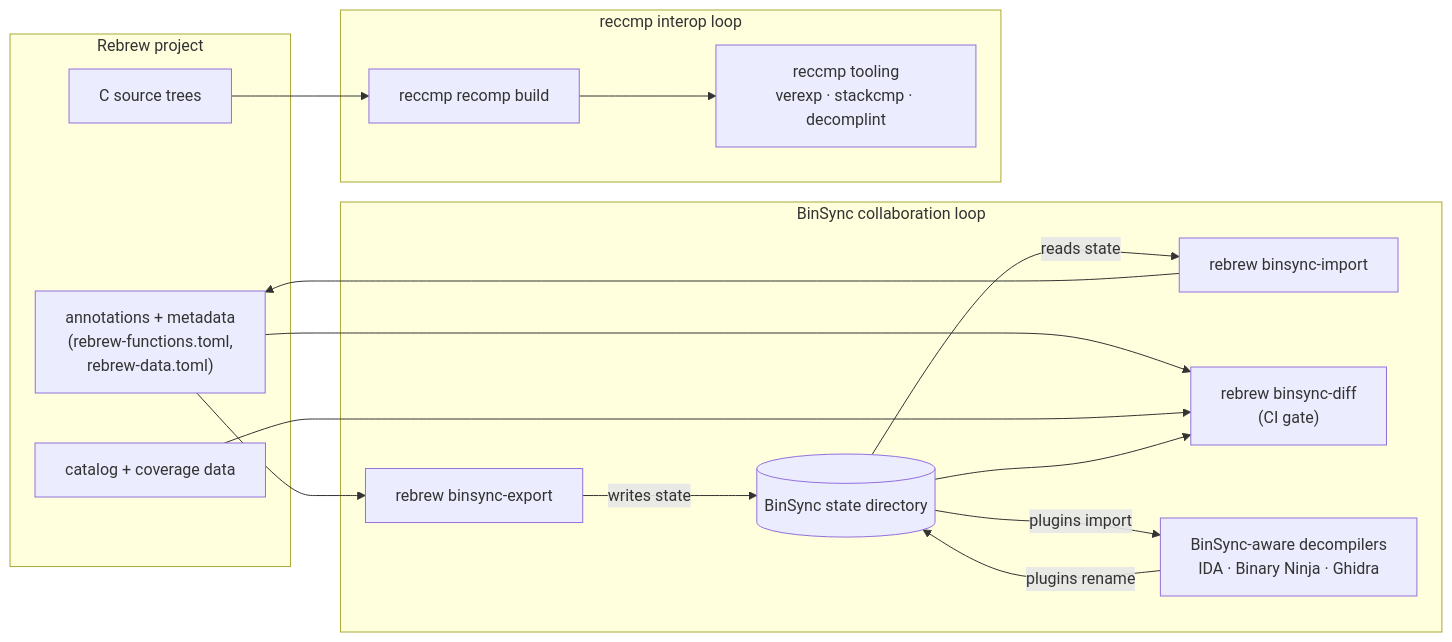
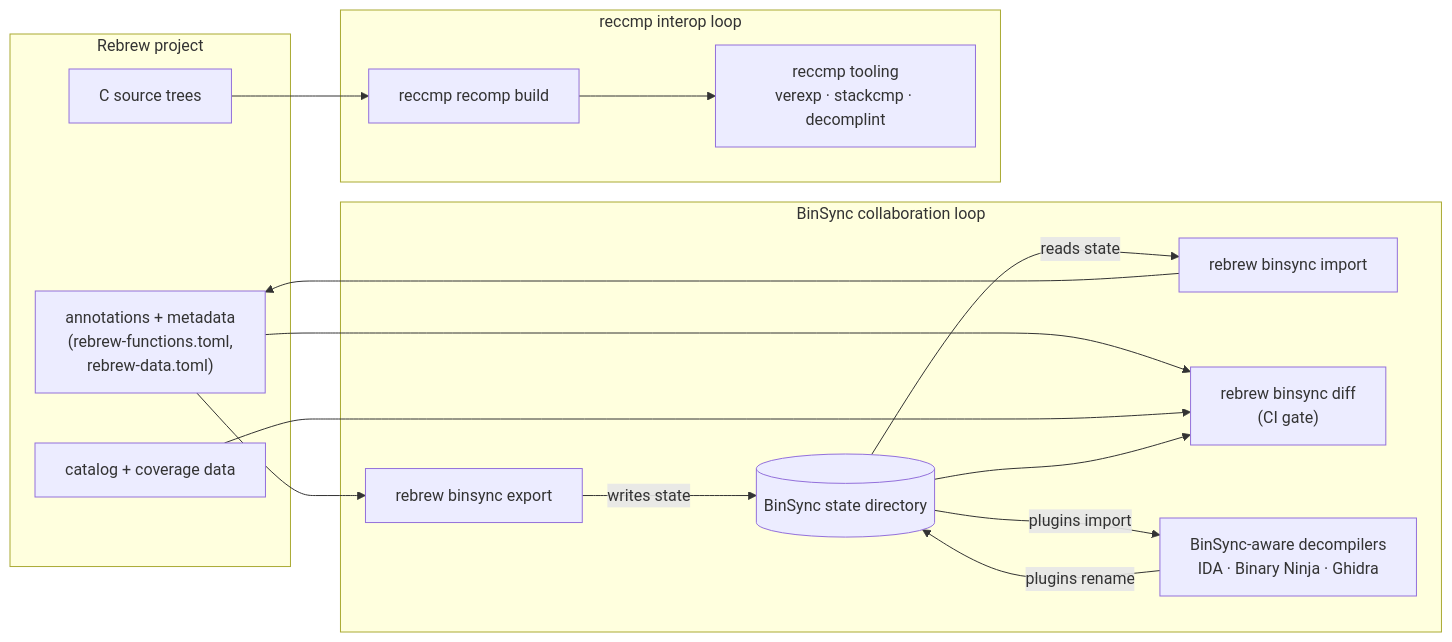
One commit to maci0/rebrew changed the second of 3 diagrams in docs/ECOSYSTEM.md. Above: the diagram before and after it, drawn with Mermaid. The commit also changed other lines of this file and 366 other files, not shown here.

````diff
--- a/docs/ECOSYSTEM.md
+++ b/docs/ECOSYSTEM.md
@@ -280,32 +280,32 @@
 ```mermaid
 flowchart LR
     subgraph RBS["Rebrew project"]
         ANN["annotations + metadata<br/>(rebrew-functions.toml,<br/>rebrew-data.toml)"]
         SRC["C source trees"]
         CAT["catalog + coverage data"]
     end
 
     subgraph BS["BinSync collaboration loop"]
-        EXP["rebrew binsync-export"]
-        IMP["rebrew binsync-import"]
-        DIFF["rebrew binsync-diff<br/>(CI gate)"]
+        EXP["rebrew binsync export"]
+        IMP["rebrew binsync import"]
+        DIFF["rebrew binsync diff<br/>(CI gate)"]
         STATE[("BinSync state directory")]
         DEC["BinSync-aware decompilers<br/>IDA · Binary Ninja · Ghidra"]
     end
 
     subgraph RC["reccmp interop loop"]
         CMPTOOL["reccmp tooling<br/>verexp · stackcmp · decomplint"]
         RECOMP["reccmp recomp build"]
     end
 
     ANN --> EXP
     EXP -->|"writes state"| STATE
     STATE -->|"plugins import"| DEC
     DEC -->|"plugins rename"| STATE
     STATE -->|"reads state"| IMP
     IMP --> ANN
     ANN --> DIFF
     CAT --> DIFF
     STATE --> DIFF
     SRC --> RECOMP --> CMPTOOL
 ```
````
